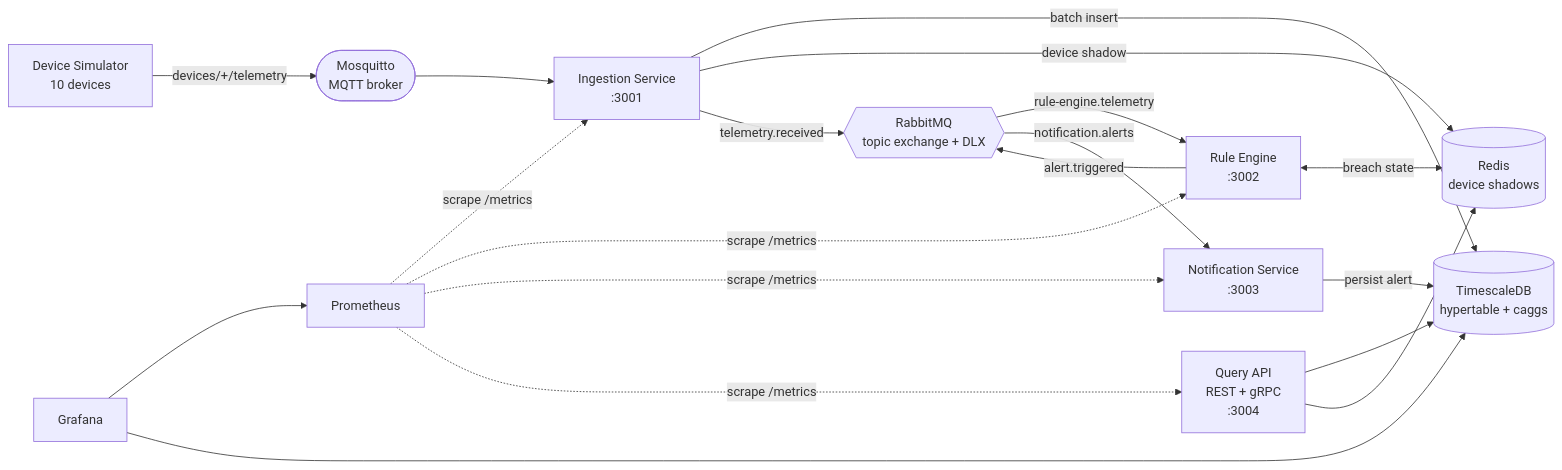
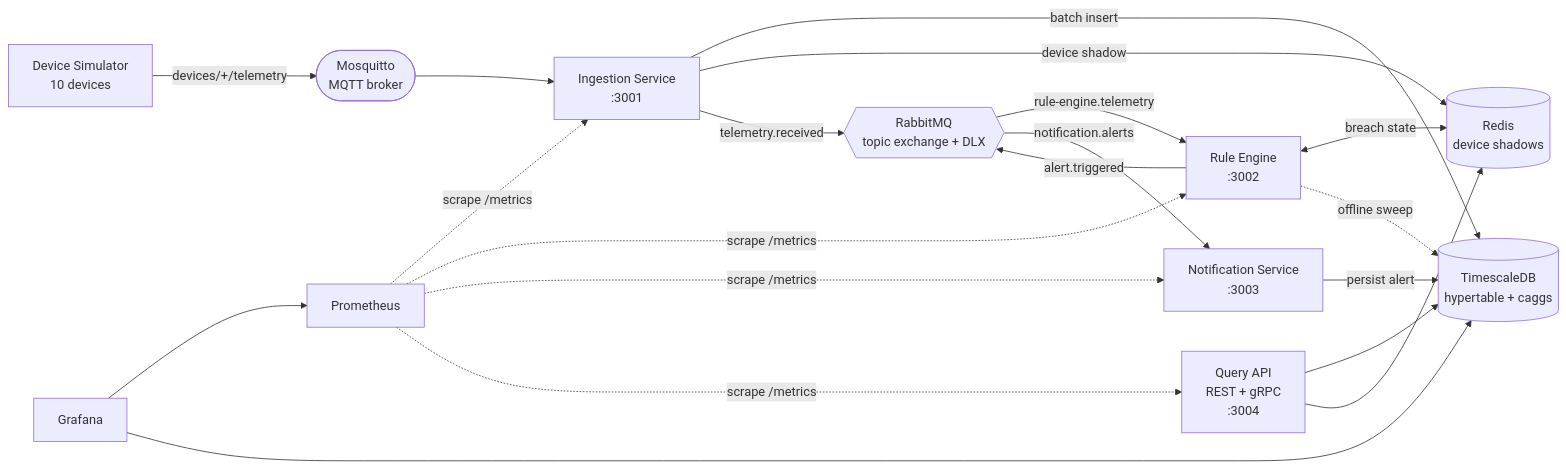
The diagram in README.md (huseyincanbay/iot-telemetry-platform), drawn with Mermaid before and after one commit. The commit also changed other lines of this file and 8 other files, not shown here.

First line of the commit message:
feat(rule-engine): detect offline devices via scheduled sweep

````diff
--- a/README.md
+++ b/README.md
@@ -50,27 +50,28 @@
 ```mermaid
 flowchart LR
   SIM[Device Simulator<br/>10 devices]
   MQTT([Mosquitto<br/>MQTT broker])
   ING[Ingestion Service<br/>:3001]
   MQ{{RabbitMQ<br/>topic exchange + DLX}}
   RULE[Rule Engine<br/>:3002]
   NOTIF[Notification Service<br/>:3003]
   QUERY[Query API<br/>REST + gRPC<br/>:3004]
   TS[(TimescaleDB<br/>hypertable + caggs)]
   RD[(Redis<br/>device shadows)]
   PROM[Prometheus]
   GRAF[Grafana]
 
   SIM -->|devices/+/telemetry| MQTT --> ING
   ING -->|batch insert| TS
   ING -->|device shadow| RD
   ING -->|telemetry.received| MQ
   MQ -->|rule-engine.telemetry| RULE
   RULE <-->|breach state| RD
+  RULE -.->|offline sweep| TS
   RULE -->|alert.triggered| MQ
   MQ -->|notification.alerts| NOTIF
   NOTIF -->|persist alert| TS
   QUERY --> TS & RD
   PROM -. scrape /metrics .-> ING & RULE & NOTIF & QUERY
   GRAF --> PROM & TS
 ```
````
